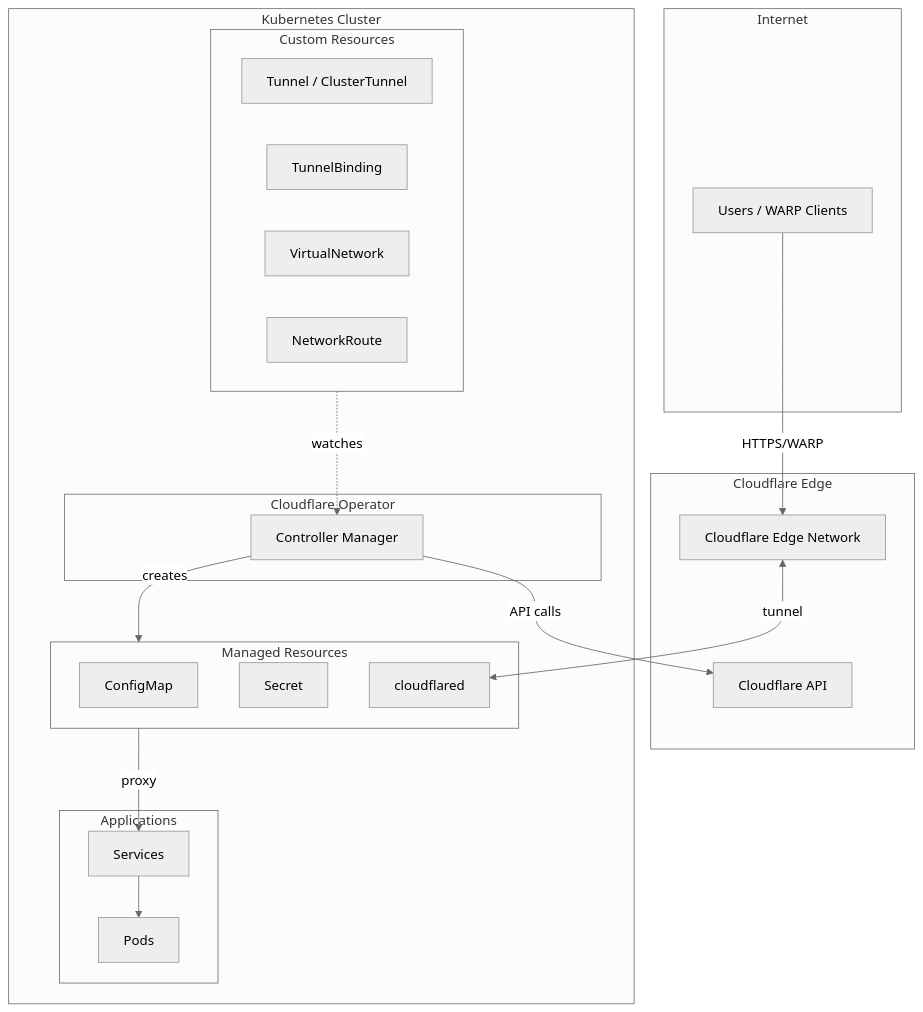
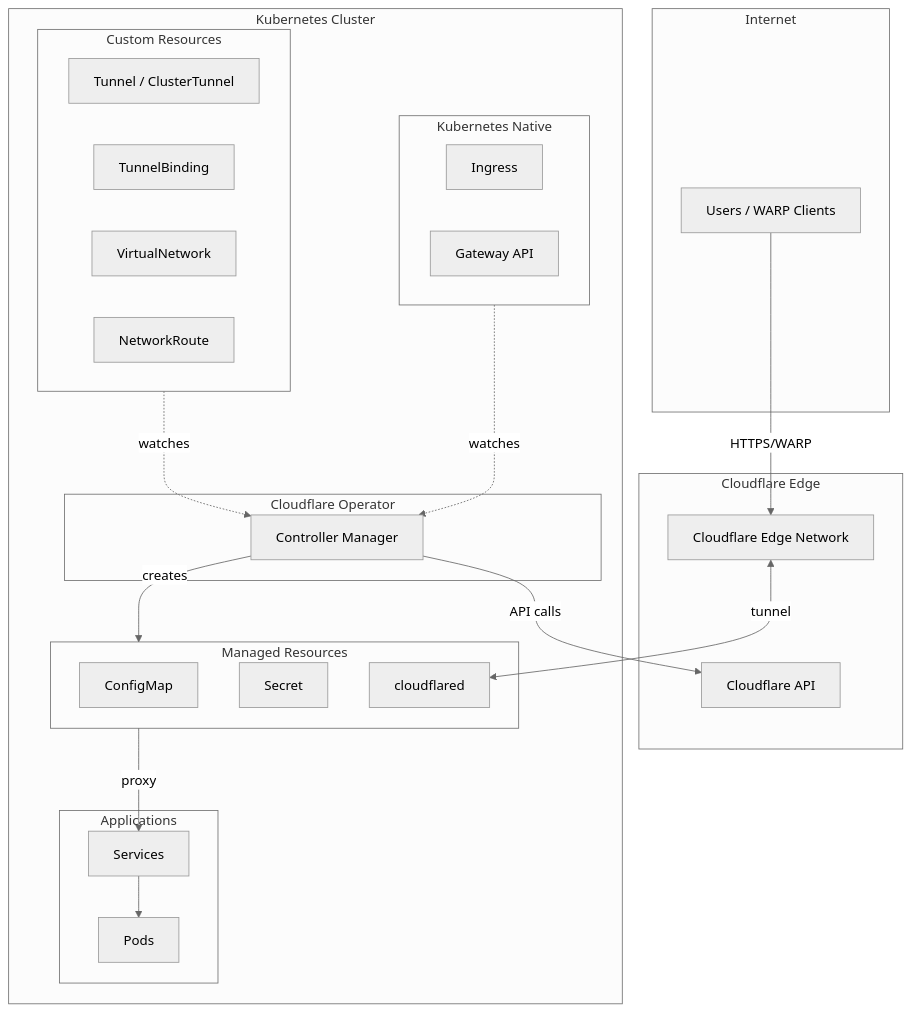
One commit to StringKe/cloudflare-operator changed the diagram in README.md. Above: the diagram before and after it, drawn with Mermaid (neutral theme). The commit also changed other lines of this file and 2 other files, not shown here.

````diff
--- a/README.md
+++ b/README.md
@@ -60,43 +61,49 @@
 ```mermaid
 flowchart TB
     subgraph Internet["Internet"]
         Users["Users / WARP Clients"]
     end
 
     subgraph Cloudflare["Cloudflare Edge"]
         Edge["Cloudflare Edge Network"]
         API["Cloudflare API"]
     end
 
     subgraph K8s["Kubernetes Cluster"]
         subgraph CRDs["Custom Resources"]
             Tunnel["Tunnel / ClusterTunnel"]
             TB["TunnelBinding"]
             VNet["VirtualNetwork"]
             Route["NetworkRoute"]
         end
 
+        subgraph K8sNative["Kubernetes Native"]
+            Ingress["Ingress"]
+            Gateway["Gateway API"]
+        end
+
         subgraph Operator["Cloudflare Operator"]
             Controller["Controller Manager"]
         end
 
         subgraph Managed["Managed Resources"]
             ConfigMap["ConfigMap"]
             Secret["Secret"]
             Deployment["cloudflared"]
         end
 
         subgraph App["Applications"]
             Service["Services"]
             Pod["Pods"]
         end
     end
 
     CRDs -.->|watches| Controller
+    K8sNative -.->|watches| Controller
     Controller -->|creates| Managed
     Controller -->|API calls| API
     Managed -->|proxy| Service
     Service --> Pod
     Users -->|HTTPS/WARP| Edge
     Edge <-->|tunnel| Deployment
 ```
````
